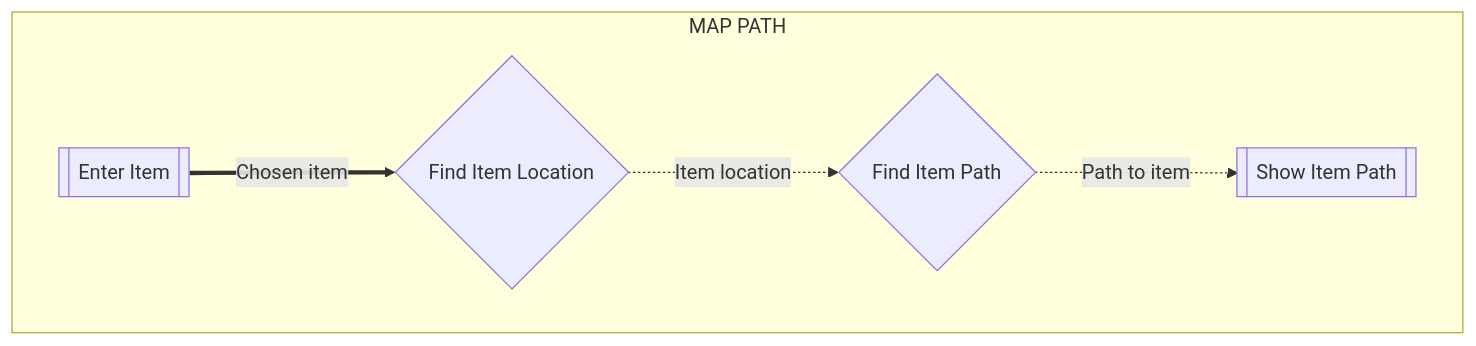
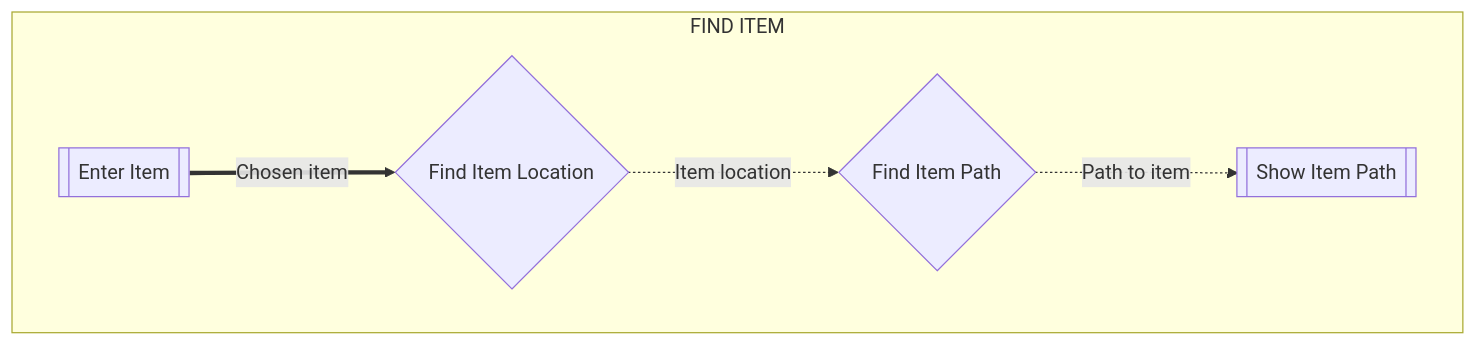
One commit to samanthaegilson/LibrarySystem changed the fourth of 6 diagrams in README.md. Above: the diagram before and after it, drawn with Mermaid. The commit also changed other lines of this file and 33 other files, not shown here.

````diff
--- a/README.md
+++ b/README.md
@@ -121,15 +126,15 @@
 ```mermaid
 flowchart
-    subgraph MAP PATH 
+    subgraph FIND ITEM
         enterItem[[Enter Item]]
         
         findItemLocation{Find Item Location}
         findItemPath{Find Item Path}
         showItemPath[[Show Item Path]]
         
         enterItem==Chosen item==>findItemLocation
         findItemLocation-.Item location.->findItemPath
         findItemPath-.Path to item.->showItemPath
         
     end
 ```
````
